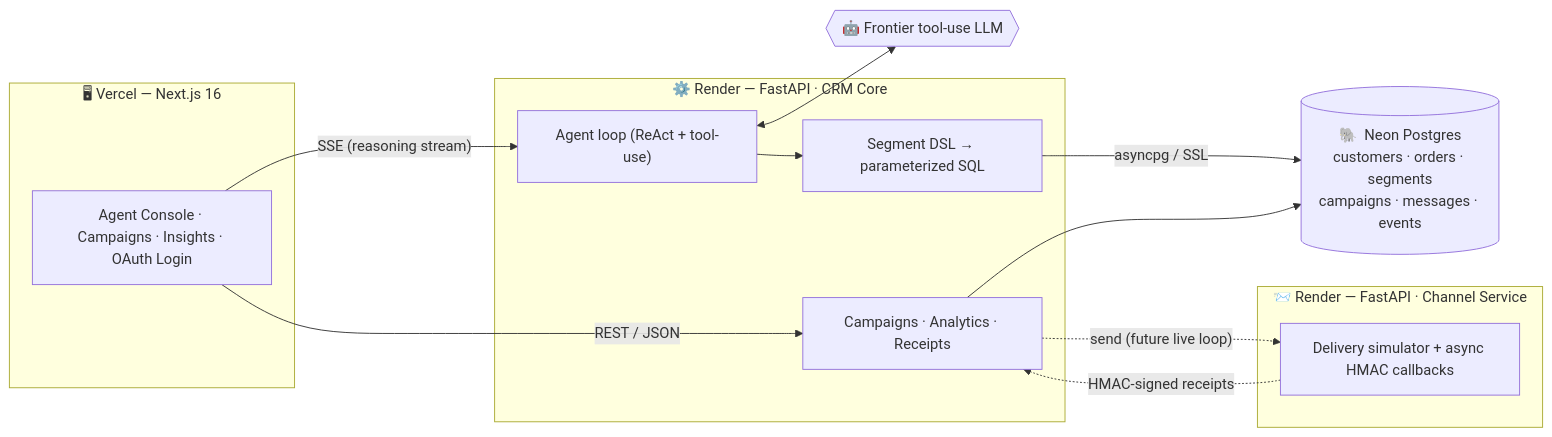
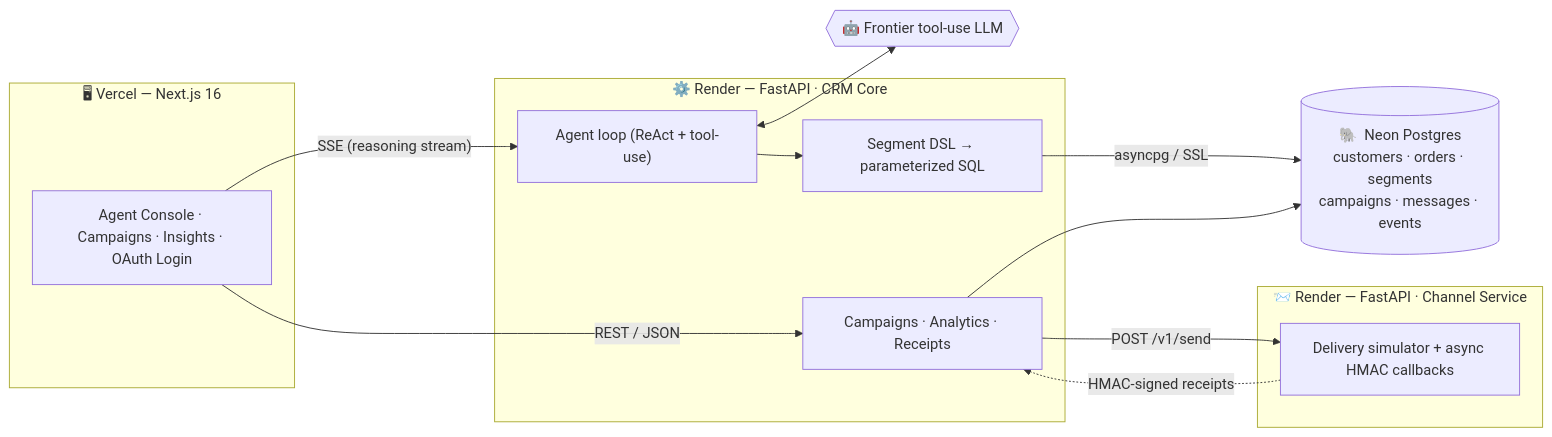
One commit to blazingarrows1525/xeno-sde changed the first of 4 diagrams in README.md. Above: the diagram before and after it, drawn with Mermaid. The commit also changed other lines of this file and 11 other files, not shown here.

````diff
--- a/README.md
+++ b/README.md
@@ -96,28 +97,28 @@
 ```mermaid
 flowchart LR
     subgraph Client["🖥  Vercel — Next.js 16"]
         UI["Agent Console · Campaigns · Insights · OAuth Login"]
     end
 
     subgraph CRM["⚙️  Render — FastAPI · CRM Core"]
         AG["Agent loop (ReAct + tool-use)"]
         DSL["Segment DSL → parameterized SQL"]
         CMP["Campaigns · Analytics · Receipts"]
     end
 
     subgraph CH["📨  Render — FastAPI · Channel Service"]
         SIM["Delivery simulator + async HMAC callbacks"]
     end
 
     DB[("🐘  Neon Postgres<br/>customers · orders · segments<br/>campaigns · messages · events")]
     LLM{{"🤖  Frontier tool-use LLM"}}
 
     UI -- "SSE (reasoning stream)" --> AG
     UI -- "REST / JSON" --> CMP
     AG <--> LLM
     AG --> DSL
     DSL -- "asyncpg / SSL" --> DB
     CMP --> DB
-    CMP -. "send (future live loop)" .-> SIM
+    CMP -- "POST /v1/send" --> SIM
     SIM -. "HMAC-signed receipts" .-> CMP
 ```
````
